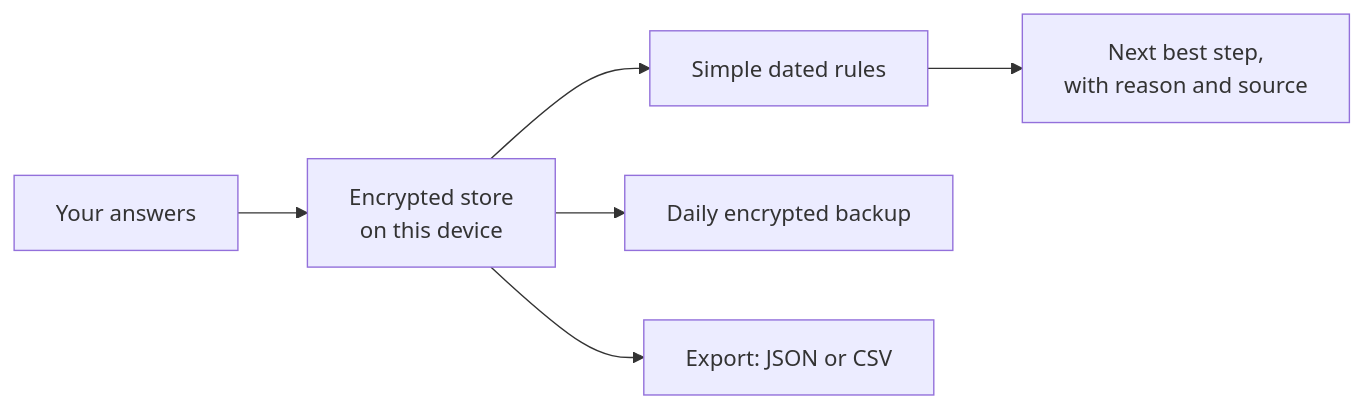
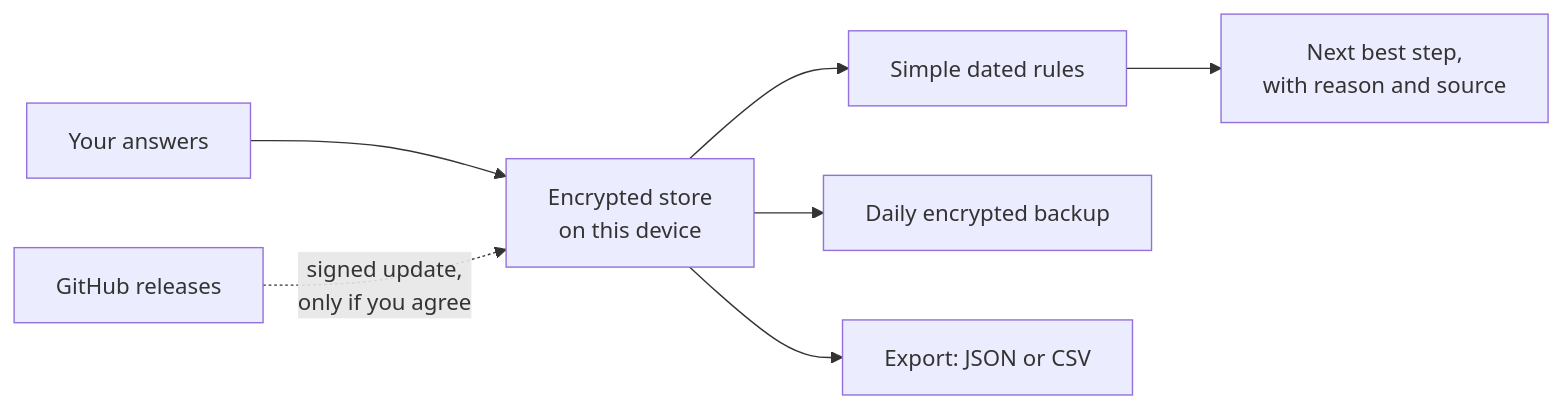
One commit to sudharamachandranrajeev/samriddhi changed the diagram in README.md. Above: the diagram before and after it, drawn with Mermaid. The commit also changed other lines of this file and 76 other files, not shown here.

````diff
--- a/README.md
+++ b/README.md
@@ -107,8 +217,9 @@
 ```mermaid
 flowchart LR
   A["Your answers"] --> B["Encrypted store<br>on this device"]
   B --> C["Simple dated rules"]
   C --> D["Next best step,<br>with reason and source"]
   B --> E["Daily encrypted backup"]
   B --> F["Export: JSON or CSV"]
+  G["GitHub releases"] -. "signed update,<br>only if you agree" .-> B
 ```
````
